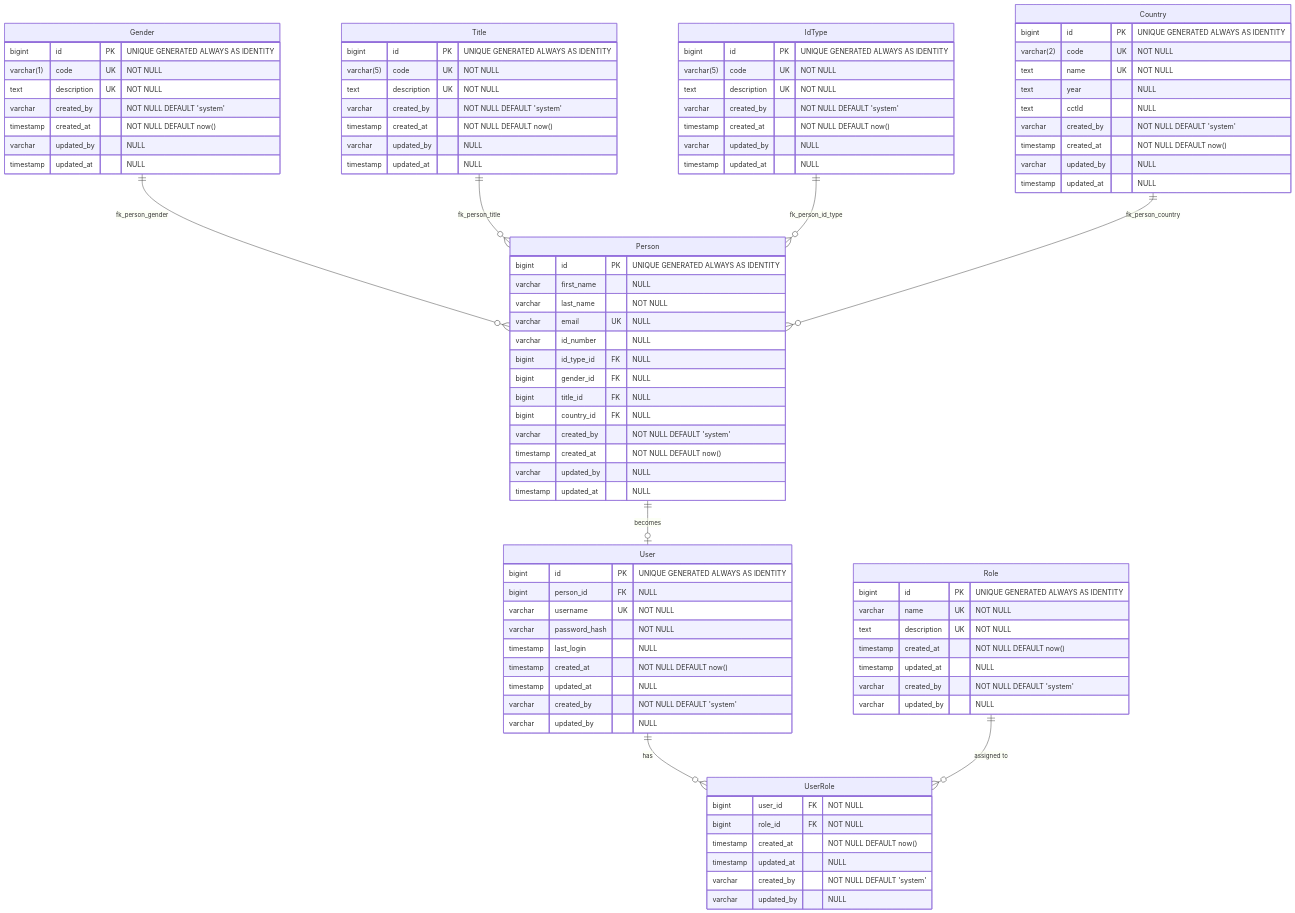
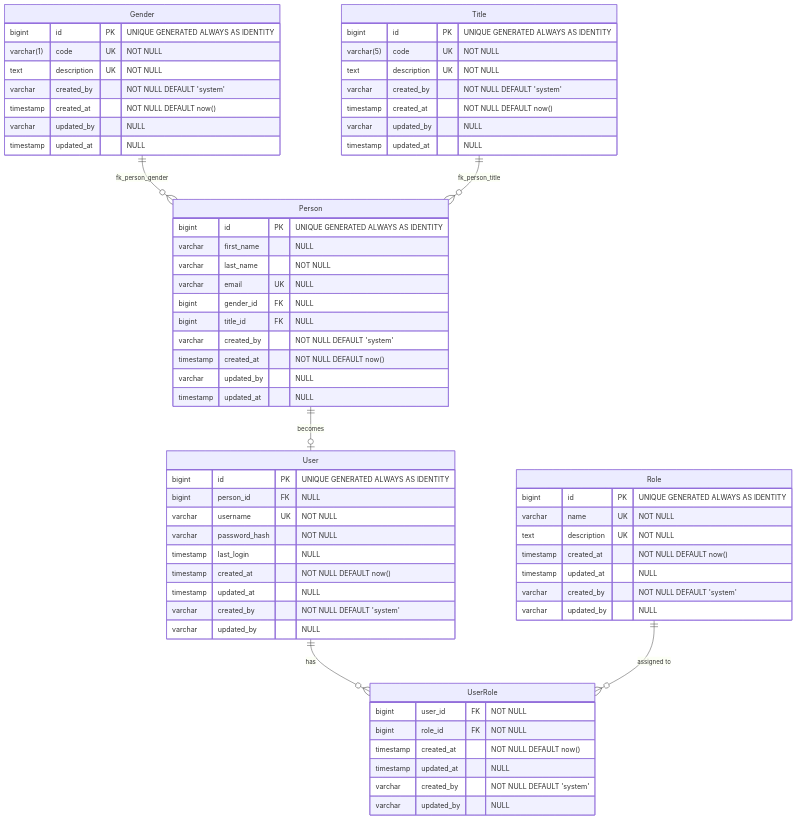
One commit to GeraldScott/rescaffold changed the diagram in docs/DOMAIN_ENTITIES.md. Above: the diagram before and after it, drawn with Mermaid. The commit also changed other lines of this file and 2 other files, not shown here.

Commit message:
Update architecture documents

```diff
--- a/docs/DOMAIN_ENTITIES.md
+++ b/docs/DOMAIN_ENTITIES.md
@@ -43,38 +41,13 @@
         timestamp updated_at "NULL"
     }
     
-    IdType {
-        bigint id PK "UNIQUE GENERATED ALWAYS AS IDENTITY"
-        varchar(5) code UK "NOT NULL"
-        text description UK "NOT NULL"
-        varchar created_by "NOT NULL DEFAULT 'system'"
-        timestamp created_at "NOT NULL DEFAULT now()"
-        varchar updated_by "NULL"
-        timestamp updated_at "NULL"
-    }
-    
-    Country {
-        bigint id PK "UNIQUE GENERATED ALWAYS AS IDENTITY"
-        varchar(2) code UK "NOT NULL"
-        text name UK "NOT NULL"
-        text year "NULL"
-        text cctld "NULL"
-        varchar created_by "NOT NULL DEFAULT 'system'"
-        timestamp created_at "NOT NULL DEFAULT now()"
-        varchar updated_by "NULL"
-        timestamp updated_at "NULL"
-    }
-    
     Person {
         bigint id PK "UNIQUE GENERATED ALWAYS AS IDENTITY"
         varchar first_name "NULL"
         varchar last_name "NOT NULL"
         varchar email UK "NULL"
-        varchar id_number "NULL"
-        bigint id_type_id FK "NULL"
         bigint gender_id FK "NULL"
         bigint title_id FK "NULL"
-        bigint country_id FK "NULL"
         varchar created_by "NOT NULL DEFAULT 'system'"
         timestamp created_at "NOT NULL DEFAULT now()"
         varchar updated_by "NULL"
@@ -114,8 +87,6 @@
     
     Gender ||--o{ Person : "fk_person_gender"
     Title ||--o{ Person : "fk_person_title"
-    IdType ||--o{ Person : "fk_person_id_type"
-    Country ||--o{ Person : "fk_person_country"
     Person ||--o| User : "becomes"
     User ||--o{ UserRole : "has"
     Role ||--o{ UserRole : "assigned to"
```
